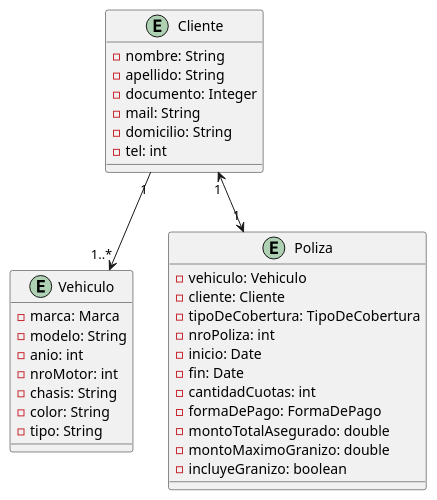
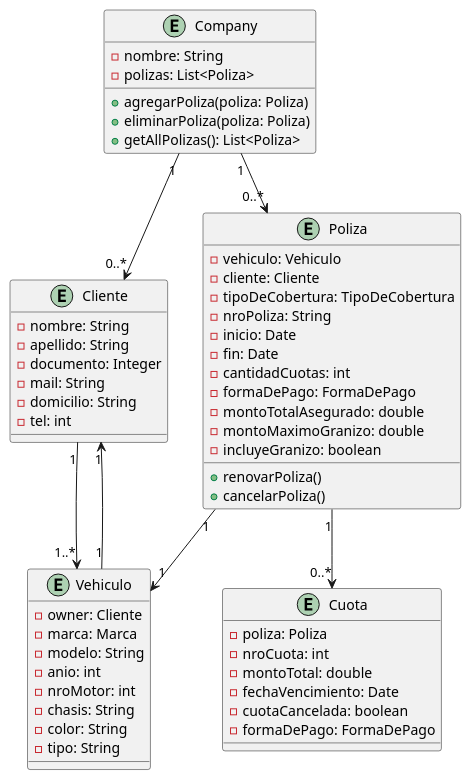
Before and after one commit to r0minaflorencia/Egg-Argentina-Programa-4.0: the diagram in BackEnd_2/10- Relaciones entre clases/Extra_Seguros/app/src/main/java/com/seguros/uml/diagram.puml, drawn with PlantUML. The commit also changed 1 other file, not shown here.

```diff
--- a/BackEnd_2/10- Relaciones entre clases/Extra_Seguros/app/src/main/java/com/seguros/uml/diagram.puml
+++ b/BackEnd_2/10- Relaciones entre clases/Extra_Seguros/app/src/main/java/com/seguros/uml/diagram.puml
@@ -1,39 +1,63 @@
 @startuml La tercera seguros
+
+entity Company {
+    - nombre: String
+    - polizas: List<Poliza>
+    + agregarPoliza(poliza: Poliza)
+    + eliminarPoliza(poliza: Poliza)
+    + getAllPolizas(): List<Poliza>
+}
 
 entity Cliente {
     - nombre: String
     - apellido: String
     - documento: Integer
     - mail: String
     - domicilio: String
     - tel: int
 }
 
 entity Vehiculo {
+    - owner: Cliente
     - marca: Marca
     - modelo: String
     - anio: int
     - nroMotor: int
     - chasis: String
     - color: String
     - tipo: String
 }
 
 entity Poliza {
     - vehiculo: Vehiculo
     - cliente: Cliente
     - tipoDeCobertura: TipoDeCobertura
-    - nroPoliza: int
+    - nroPoliza: String
     - inicio: Date
     - fin: Date
     - cantidadCuotas: int
     - formaDePago: FormaDePago
     - montoTotalAsegurado: double
     - montoMaximoGranizo: double
     - incluyeGranizo: boolean
+    + renovarPoliza()
+    + cancelarPoliza()
 }
 
+entity Cuota {
+    - poliza: Poliza
+    - nroCuota: int
+    - montoTotal: double
+    - fechaVencimiento: Date
+    - cuotaCancelada: boolean
+    - formaDePago: FormaDePago
+}
+
+Company "1" --> "0..*" Cliente
+Company "1" --> "0..*" Poliza
+Vehiculo "1" --> "1" Cliente
+Poliza "1" --> "1" Vehiculo
 Cliente "1" --> "1..*" Vehiculo
-Cliente "1" <--> "1" Poliza
+Poliza "1" --> "0..*" Cuota
 
 @enduml
```
